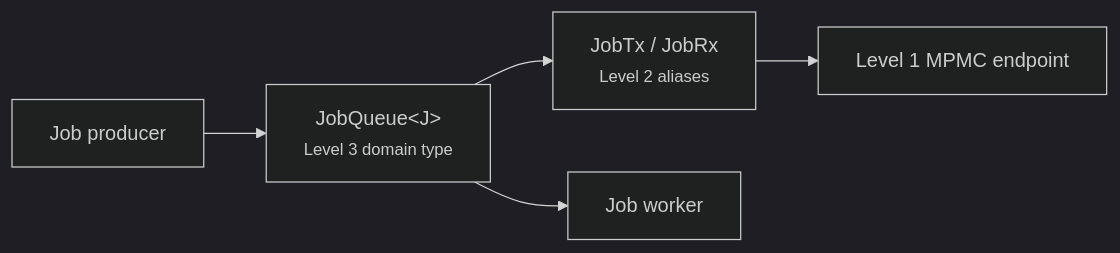
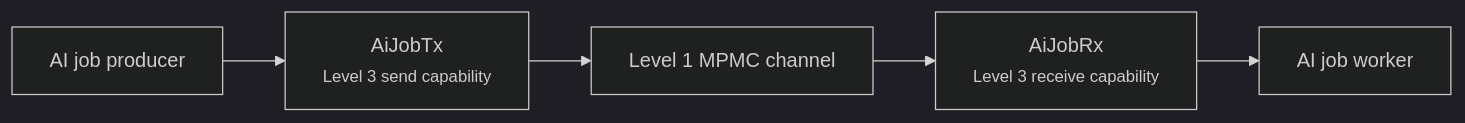
Before and after one commit to rust10x/rust10x: the second of 2 diagrams in pack/guide/domain/event/event-design.md, drawn with Mermaid (dark theme). The commit also changed other lines of this file and 1 other file, not shown here.

Commit message:
^ event design - Split AI job endpoint capabilities

````diff
--- a/pack/guide/domain/event/event-design.md
+++ b/pack/guide/domain/event/event-design.md
@@ -135,7 +135,7 @@
 ```mermaid
 flowchart LR
-    Producer["Job producer"] --> Queue["JobQueue&lt;J&gt;<br /><small>Level 3 domain type</small>"]
-    Queue --> Endpoints["JobTx / JobRx<br /><small>Level 2 aliases</small>"]
-    Endpoints --> Base["Level 1 MPMC endpoint"]
-    Queue --> Worker["Job worker"]
+    Producer["AI job producer"] --> Tx["AiJobTx<br /><small>Level 3 send capability</small>"]
+    Tx --> Base["Level 1 MPMC channel"]
+    Base --> Rx["AiJobRx<br /><small>Level 3 receive capability</small>"]
+    Rx --> Worker["AI job worker"]
 ```
````
